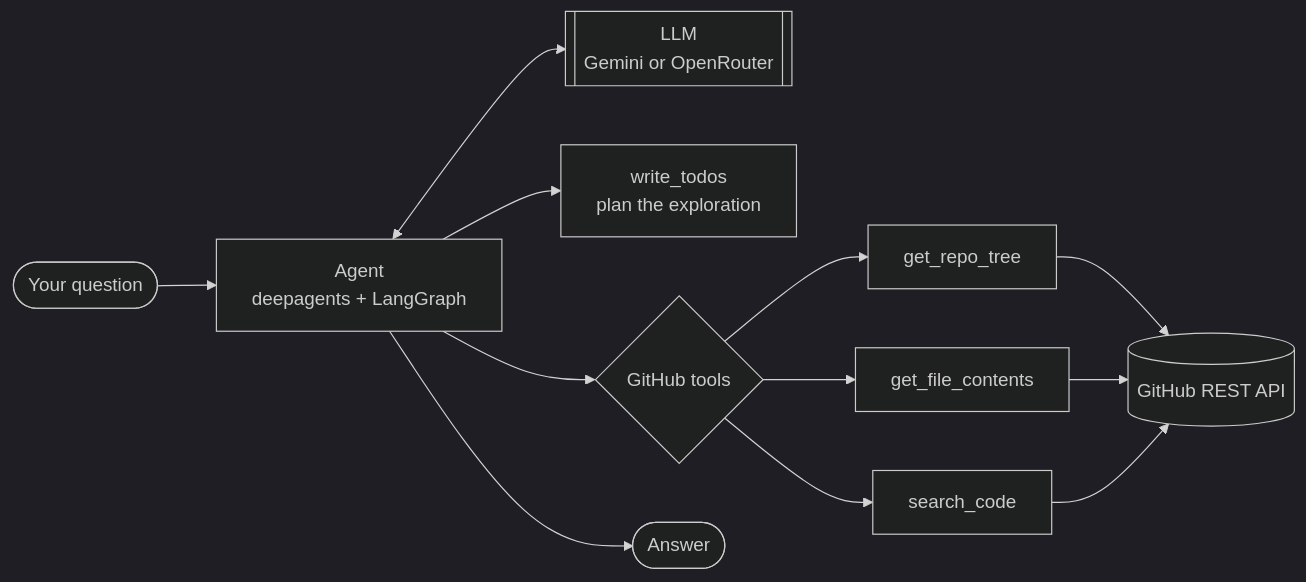
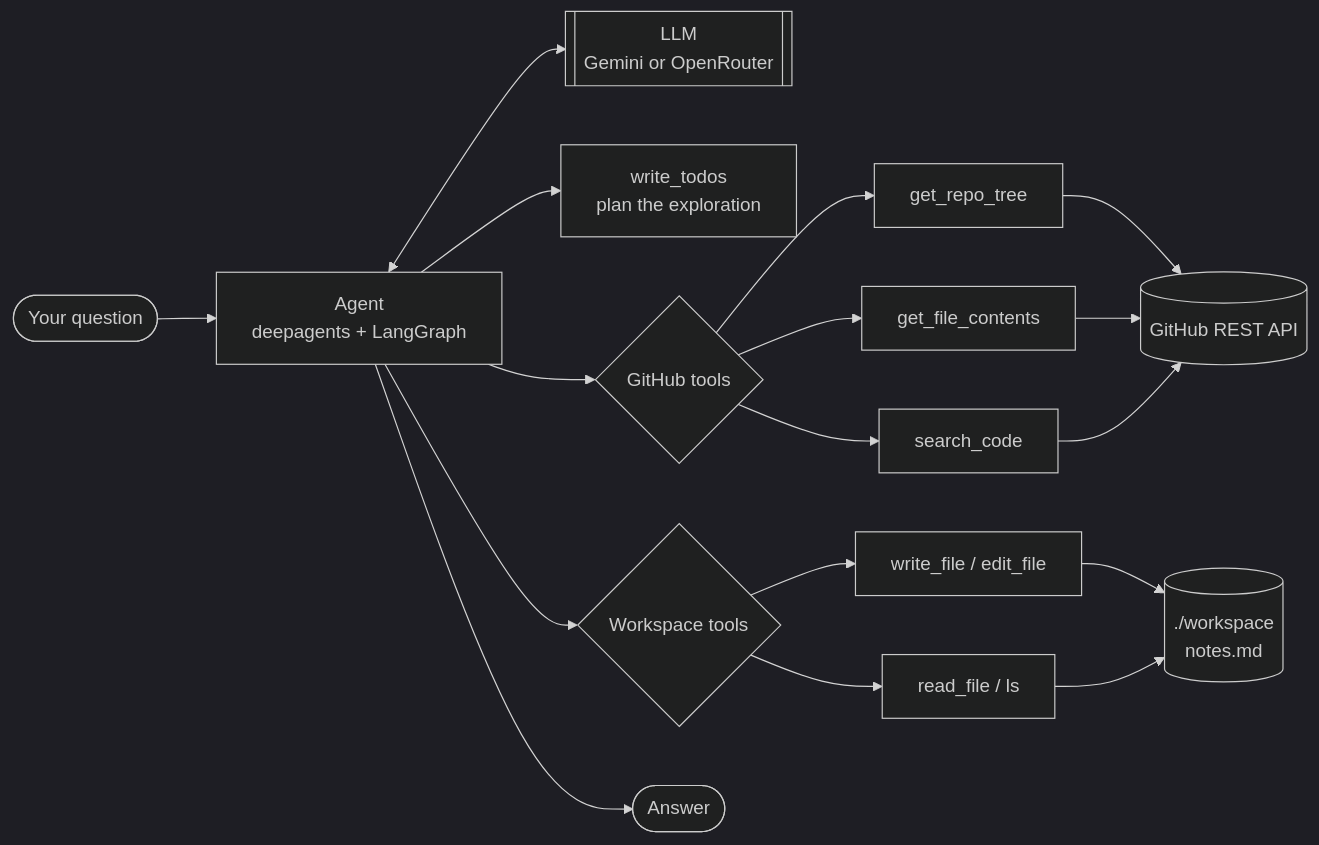
One commit to ArchitKandu/repo-cartographer changed the diagram in README.md. Above: the diagram before and after it, drawn with Mermaid (dark theme). The commit also changed other lines of this file and 4 other files, not shown here.

````diff
--- a/README.md
+++ b/README.md
@@ -58,12 +83,16 @@
 ```mermaid
 flowchart LR
     U([Your question]) --> A[Agent<br/>deepagents + LangGraph]
     A <--> M[["LLM<br/>Gemini or OpenRouter"]]
     A --> P[write_todos<br/>plan the exploration]
     A --> T{GitHub tools}
     T --> T1[get_repo_tree]
     T --> T2[get_file_contents]
     T --> T3[search_code]
     T1 & T2 & T3 --> G[(GitHub REST API)]
+    A --> W{Workspace tools}
+    W --> W1[write_file / edit_file]
+    W --> W2[read_file / ls]
+    W1 & W2 --> D[("./workspace<br/>notes.md")]
     A --> R([Answer])
 ```
````
